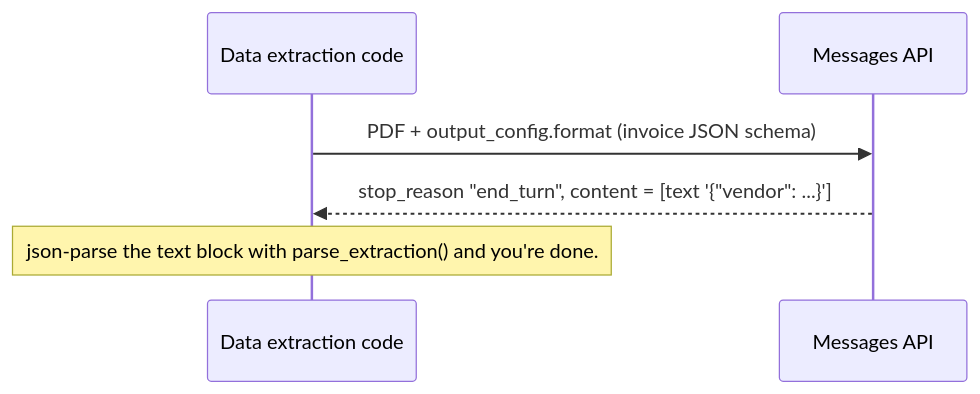
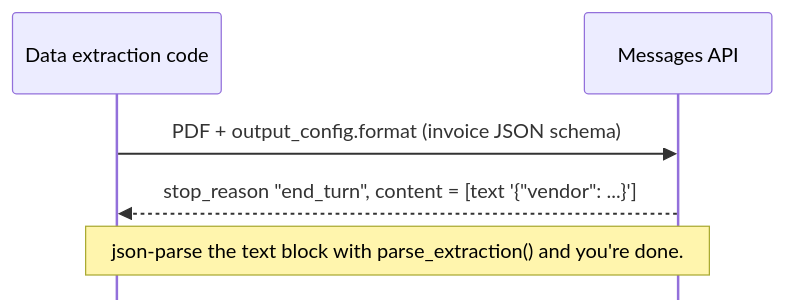
One commit to mirie/messages_batch_ex changed the second of 3 diagrams in README.md. Above: the diagram before and after it, drawn with Mermaid.

Commit message:
README: draw the program-flow participants once, and widen the note
Mermaid repeats sequence-diagram participants at the bottom by default
(mirrorActors). Turn that off, and let the note span both participants
so it no longer overflows to the left.

````diff
--- a/README.md
+++ b/README.md
@@ -143,8 +143,9 @@
 ```mermaid
+%%{init: {"sequence": {"mirrorActors": false}}}%%
 sequenceDiagram
     participant Code as Data extraction code
     participant API as Messages API
     Code->>API: PDF + output_config.format (invoice JSON schema)
     API-->>Code: stop_reason "end_turn", content = [text '{"vendor": ...}']
-    Note over Code: json-parse the text block with parse_extraction() and you're done.
+    Note over Code,API: json-parse the text block with parse_extraction() and you're done.
 ```
````
